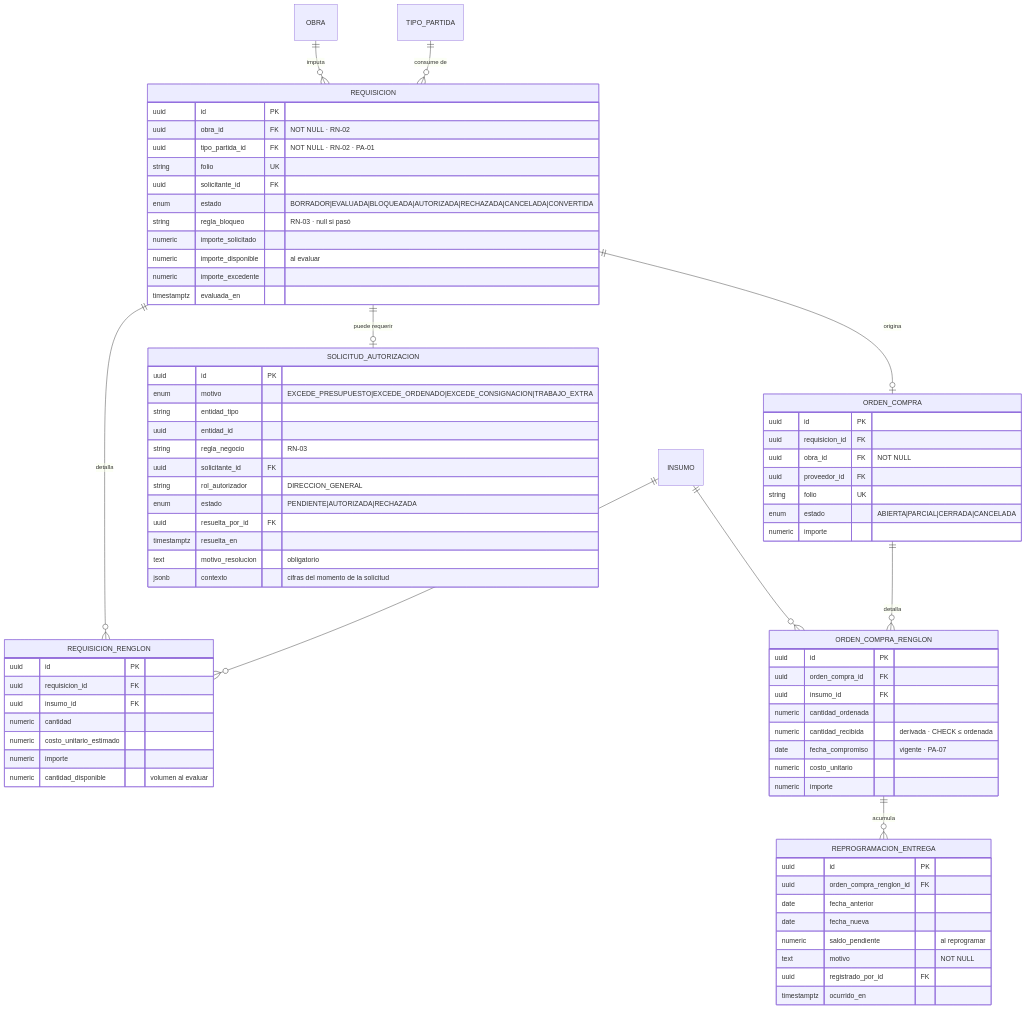
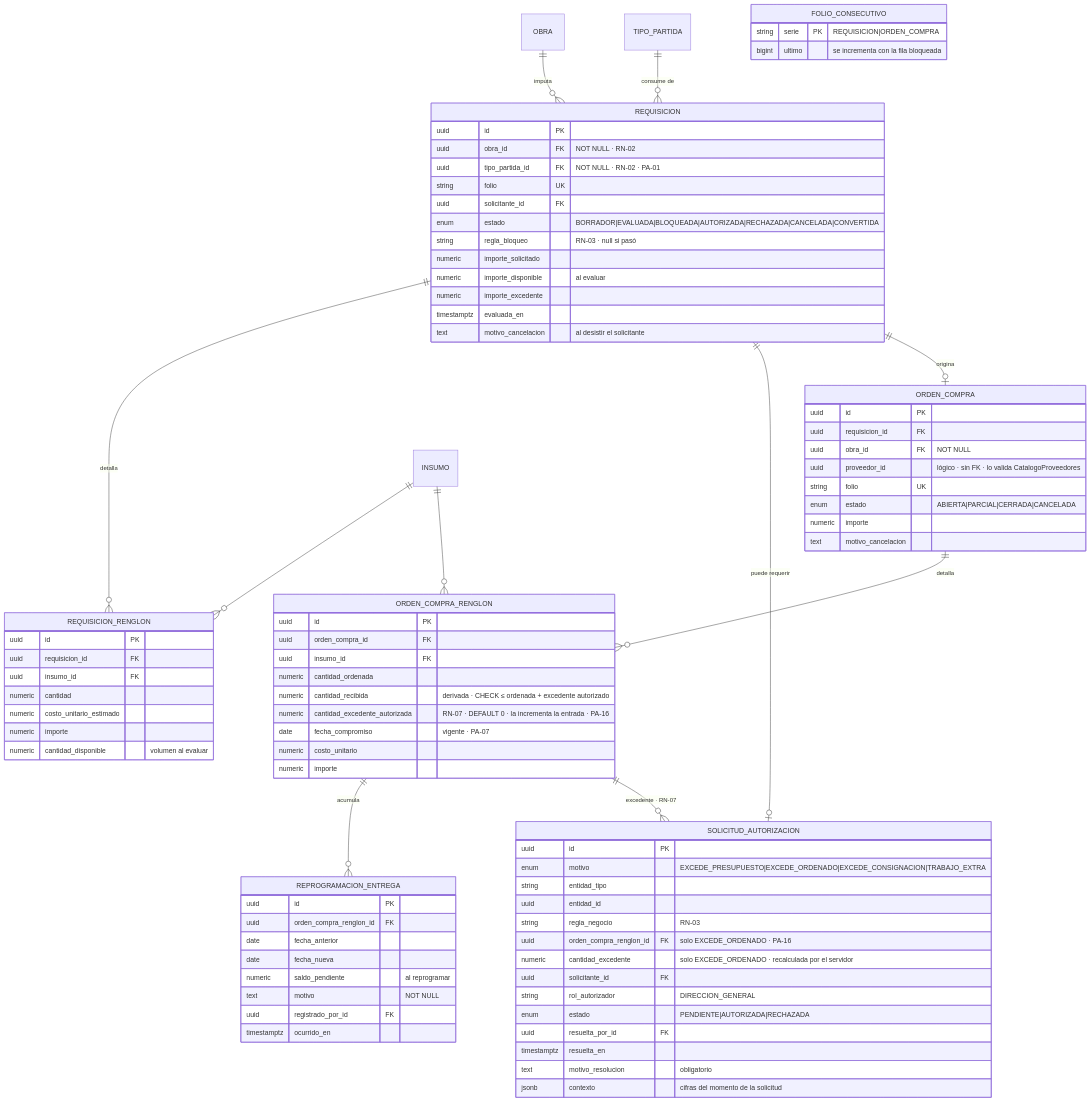
Before and after one commit to FranciscoRodSilva/IA4Devs-Proyecto-Final: the fifth of 18 diagrams in docs/03-modelo-datos.md, drawn with Mermaid. The commit also changed other lines of this file and 22 other files, not shown here.

```diff
--- a/docs/03-modelo-datos.md
+++ b/docs/03-modelo-datos.md
@@ -346,6 +353,7 @@
     REQUISICION ||--o| ORDEN_COMPRA : "origina"
     ORDEN_COMPRA ||--o{ ORDEN_COMPRA_RENGLON : "detalla"
     ORDEN_COMPRA_RENGLON ||--o{ REPROGRAMACION_ENTREGA : "acumula"
+    ORDEN_COMPRA_RENGLON ||--o{ SOLICITUD_AUTORIZACION : "excedente · RN-07"
     INSUMO ||--o{ REQUISICION_RENGLON : ""
     INSUMO ||--o{ ORDEN_COMPRA_RENGLON : ""
 
@@ -361,6 +369,11 @@
         numeric importe_disponible "al evaluar"
         numeric importe_excedente
         timestamptz evaluada_en
+        text motivo_cancelacion "al desistir el solicitante"
+    }
+    FOLIO_CONSECUTIVO {
+        string serie PK "REQUISICION|ORDEN_COMPRA"
+        bigint ultimo "se incrementa con la fila bloqueada"
     }
     REQUISICION_RENGLON {
         uuid id PK
@@ -377,6 +390,8 @@
         string entidad_tipo
         uuid entidad_id
         string regla_negocio "RN-03"
+        uuid orden_compra_renglon_id FK "solo EXCEDE_ORDENADO · PA-16"
+        numeric cantidad_excedente "solo EXCEDE_ORDENADO · recalculada por el servidor"
         uuid solicitante_id FK
         string rol_autorizador "DIRECCION_GENERAL"
         enum estado "PENDIENTE|AUTORIZADA|RECHAZADA"
@@ -389,17 +404,19 @@
         uuid id PK
         uuid requisicion_id FK
         uuid obra_id FK "NOT NULL"
-        uuid proveedor_id FK
+        uuid proveedor_id "lógico · sin FK · lo valida CatalogoProveedores"
         string folio UK
         enum estado "ABIERTA|PARCIAL|CERRADA|CANCELADA"
         numeric importe
+        text motivo_cancelacion
     }
     ORDEN_COMPRA_RENGLON {
         uuid id PK
         uuid orden_compra_id FK
         uuid insumo_id FK
         numeric cantidad_ordenada
-        numeric cantidad_recibida "derivada · CHECK ≤ ordenada"
+        numeric cantidad_recibida "derivada · CHECK ≤ ordenada + excedente autorizado"
+        numeric cantidad_excedente_autorizada "RN-07 · DEFAULT 0 · la incrementa la entrada · PA-16"
         date fecha_compromiso "vigente · PA-07"
         numeric costo_unitario
         numeric importe
```
